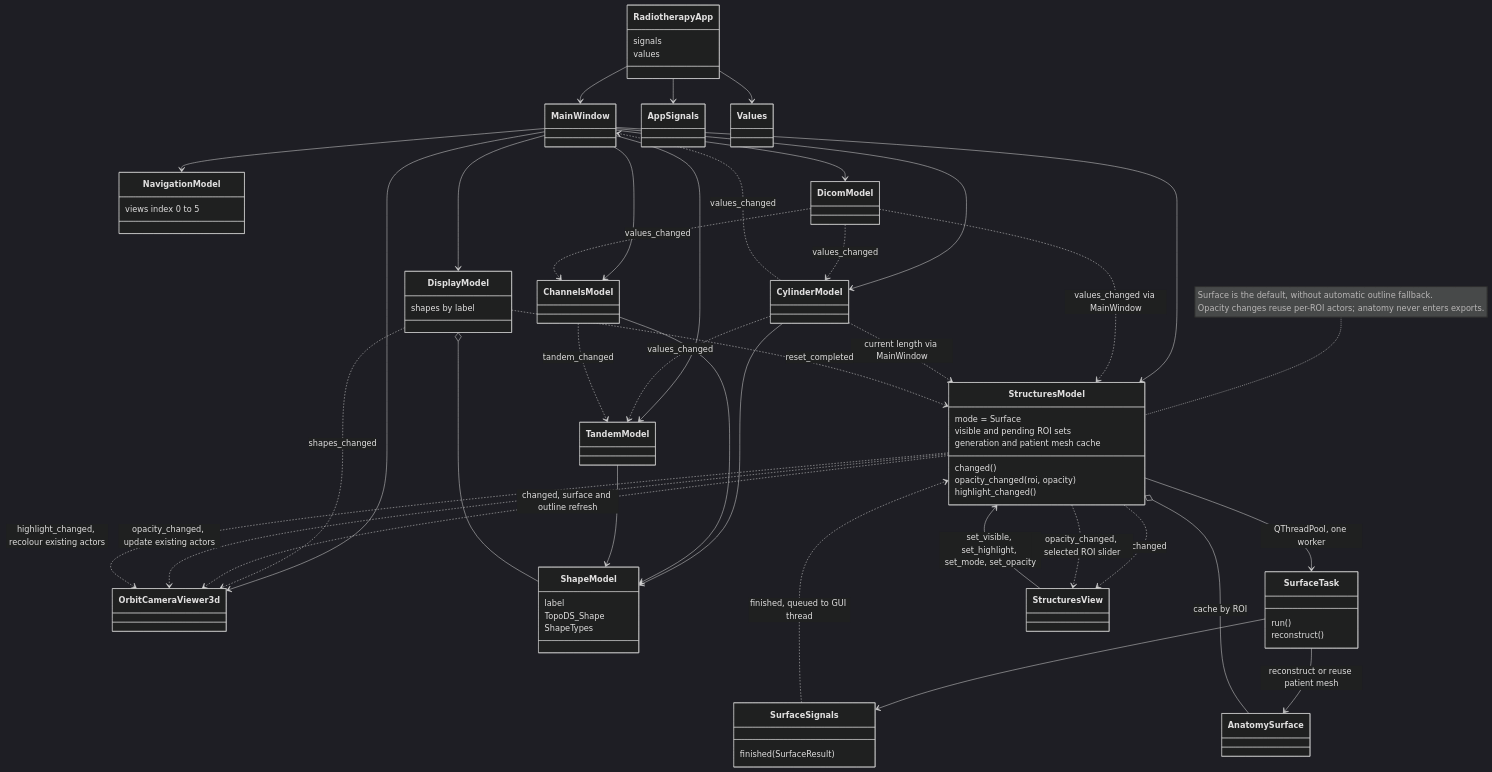
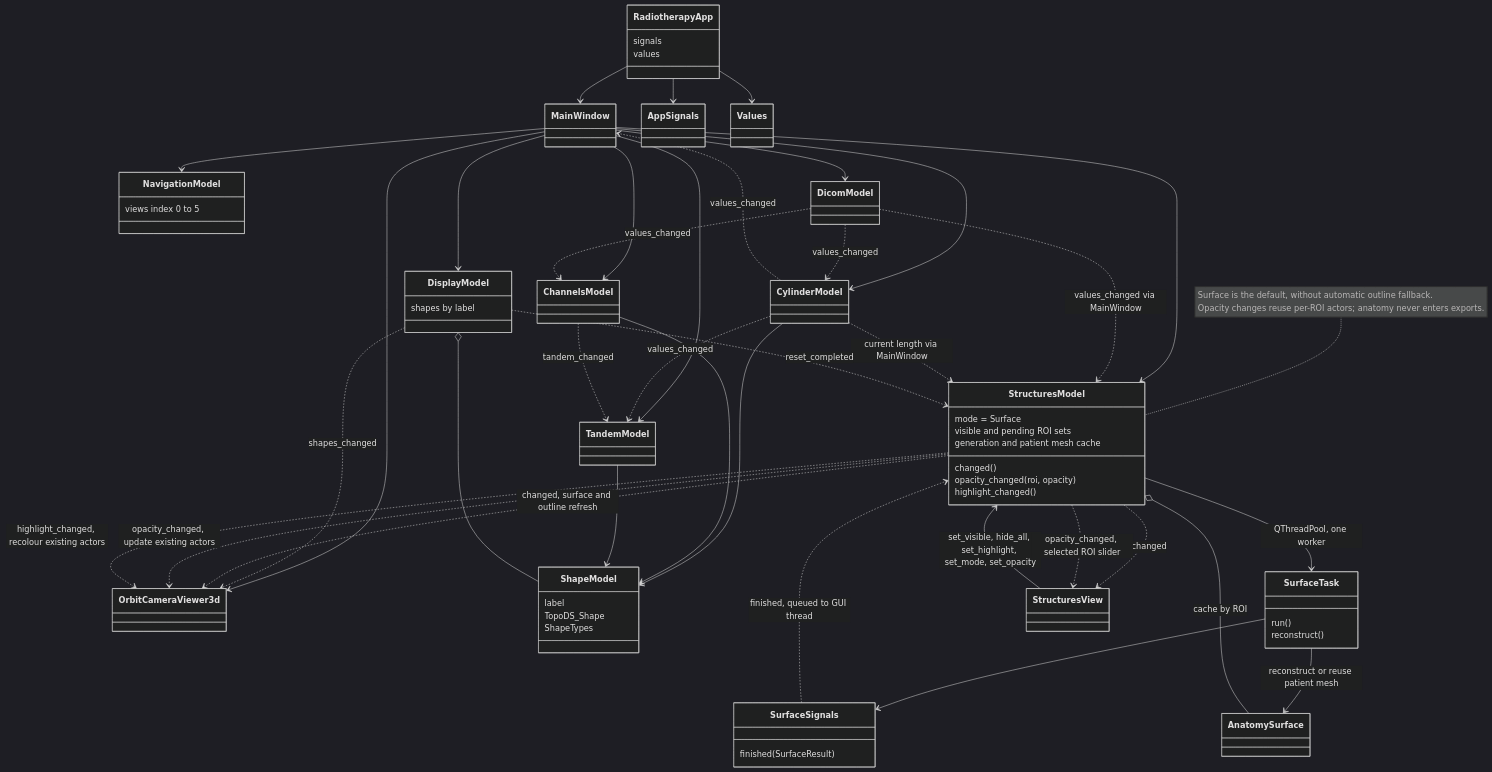
Before and after one commit to COSC-499-W2026/capstone-project-team-10: the diagram in docs/architecture/diagrams/existing-framework/uml.mmd, drawn with Mermaid (dark theme). The commit also changed 6 other files, not shown here.

Commit message:
docs: name Hide all on the DFD and UML

```diff
--- a/docs/architecture/diagrams/existing-framework/uml.mmd
+++ b/docs/architecture/diagrams/existing-framework/uml.mmd
@@ -1,77 +1,77 @@
 %% title: UML
 %% alt: UML of RadiotherapyApp, the models MainWindow creates, the signals between them and back to MainWindow, and ShapeModel
 classDiagram
   class RadiotherapyApp {
     signals
     values
   }
   class MainWindow
   class NavigationModel {
     views index 0 to 5
   }
   class DisplayModel {
     shapes by label
   }
   class OrbitCameraViewer3d
   class DicomModel
   class CylinderModel
   class ChannelsModel
   class TandemModel
   class ShapeModel {
     label
     TopoDS_Shape
     ShapeTypes
   }
 
   RadiotherapyApp --> MainWindow
   RadiotherapyApp --> AppSignals
   RadiotherapyApp --> Values
   MainWindow --> NavigationModel
   MainWindow --> OrbitCameraViewer3d
   MainWindow --> DisplayModel
   DisplayModel ..> OrbitCameraViewer3d : shapes_changed
   MainWindow --> DicomModel
   MainWindow --> CylinderModel
   MainWindow --> ChannelsModel
   MainWindow --> TandemModel
   DicomModel ..> CylinderModel : values_changed
   DicomModel ..> ChannelsModel : values_changed
   CylinderModel ..> TandemModel : values_changed
   CylinderModel ..> MainWindow : values_changed
   ChannelsModel ..> TandemModel : tandem_changed
   CylinderModel --> ShapeModel
   ChannelsModel --> ShapeModel
   TandemModel --> ShapeModel
   DisplayModel o-- ShapeModel
 
   class StructuresModel {
     mode = Surface
     visible and pending ROI sets
     generation and patient mesh cache
     changed()
     opacity_changed(roi, opacity)
     highlight_changed()
   }
   class SurfaceTask {
     run()
     reconstruct()
   }
   class SurfaceSignals {
     finished(SurfaceResult)
   }
   MainWindow --> StructuresModel
   DicomModel ..> StructuresModel : values_changed via MainWindow
   CylinderModel ..> StructuresModel : current length via MainWindow
   DisplayModel ..> StructuresModel : reset_completed
-  StructuresView --> StructuresModel : set_visible, set_highlight, set_mode, set_opacity
+  StructuresView --> StructuresModel : set_visible, hide_all, set_highlight, set_mode, set_opacity
   StructuresModel ..> StructuresView : changed
   StructuresModel ..> OrbitCameraViewer3d : changed, surface and outline refresh
   StructuresModel ..> OrbitCameraViewer3d : opacity_changed, update existing actors
   StructuresModel ..> OrbitCameraViewer3d : highlight_changed, recolour existing actors
   StructuresModel ..> StructuresView : opacity_changed, selected ROI slider
   StructuresModel --> SurfaceTask : QThreadPool, one worker
   SurfaceTask --> SurfaceSignals
   SurfaceSignals ..> StructuresModel : finished, queued to GUI thread
   SurfaceTask --> AnatomySurface : reconstruct or reuse patient mesh
   StructuresModel o-- AnatomySurface : cache by ROI
   note for StructuresModel "Surface is the default, without automatic outline fallback.<br/>Opacity changes reuse per-ROI actors; anatomy never enters exports."
```
